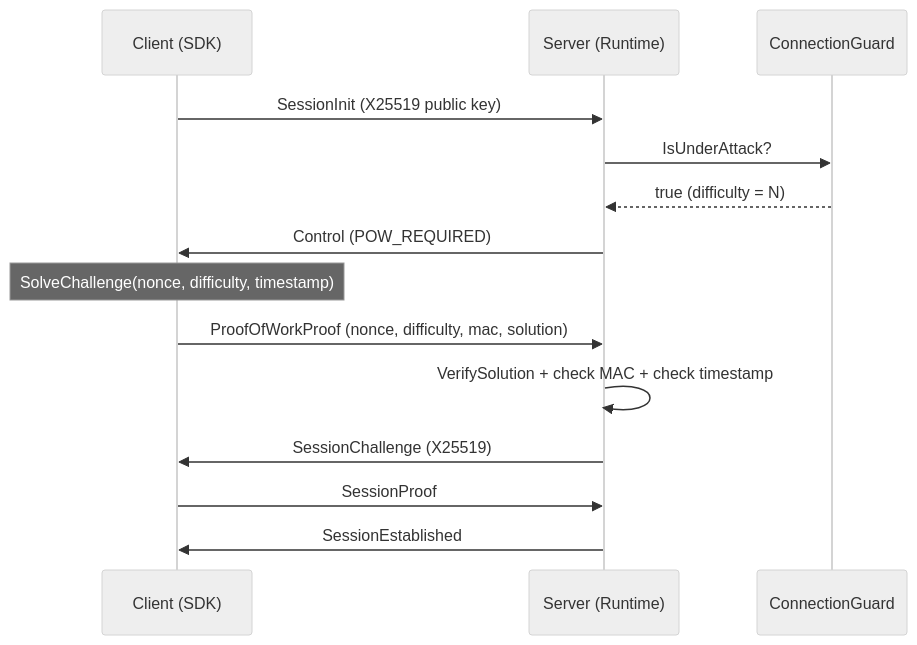
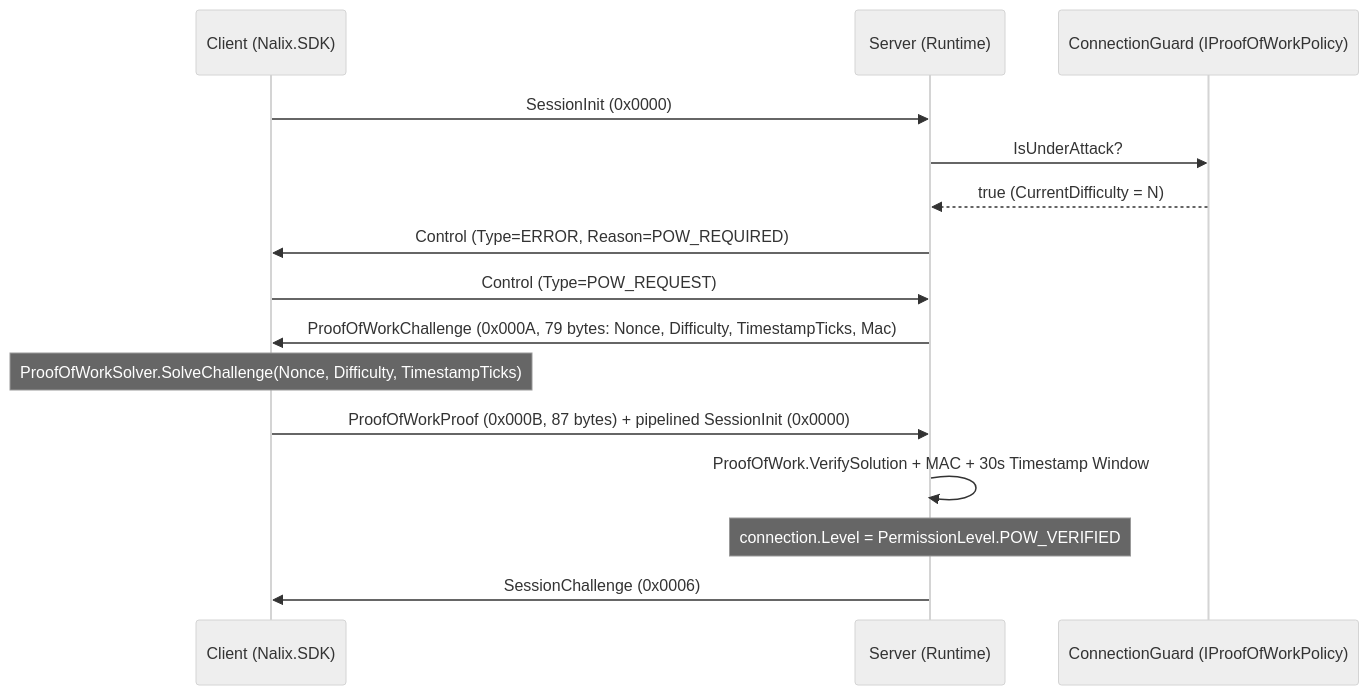
One commit to ppn-systems/nalix-docs changed the diagram in src/content/docs/en-us/api/security/proof-of-work.md. Above: the diagram before and after it, drawn with Mermaid (neutral theme). The commit also changed other lines of this file and 180 other files, not shown here.

````diff
--- a/src/content/docs/en-us/api/security/proof-of-work.md
+++ b/src/content/docs/en-us/api/security/proof-of-work.md
@@ -36,17 +38,18 @@
 ```mermaid
 sequenceDiagram
-    participant C as Client (SDK)
+    participant C as Client (Nalix.SDK)
     participant S as Server (Runtime)
-    participant G as ConnectionGuard
+    participant G as ConnectionGuard (IProofOfWorkPolicy)
 
-    C->>S: SessionInit (X25519 public key)
+    C->>S: SessionInit (0x0000)
     S->>G: IsUnderAttack?
-    G-->>S: true (difficulty = N)
-    S->>C: Control (POW_REQUIRED)
-    Note over C: SolveChallenge(nonce, difficulty, timestamp)
-    C->>S: ProofOfWorkProof (nonce, difficulty, mac, solution)
-    S->>S: VerifySolution + check MAC + check timestamp
-    S->>C: SessionChallenge (X25519)
-    C->>S: SessionProof
-    S->>C: SessionEstablished
+    G-->>S: true (CurrentDifficulty = N)
+    S->>C: Control (Type=ERROR, Reason=POW_REQUIRED)
+    C->>S: Control (Type=POW_REQUEST)
+    S->>C: ProofOfWorkChallenge (0x000A, 79 bytes: Nonce, Difficulty, TimestampTicks, Mac)
+    Note over C: ProofOfWorkSolver.SolveChallenge(Nonce, Difficulty, TimestampTicks)
+    C->>S: ProofOfWorkProof (0x000B, 87 bytes) + pipelined SessionInit (0x0000)
+    S->>S: ProofOfWork.VerifySolution + MAC + 30s Timestamp Window
+    Note over S: connection.Level = PermissionLevel.POW_VERIFIED
+    S->>C: SessionChallenge (0x0006)
 ```
````
